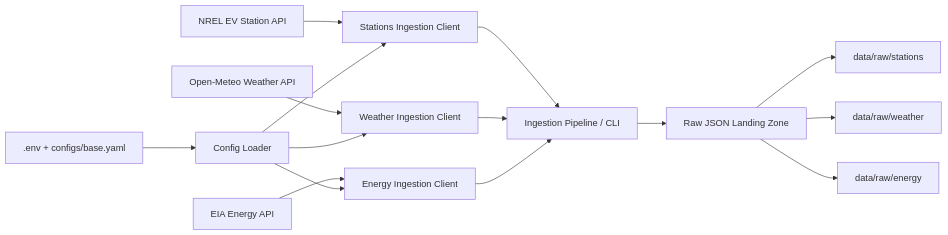
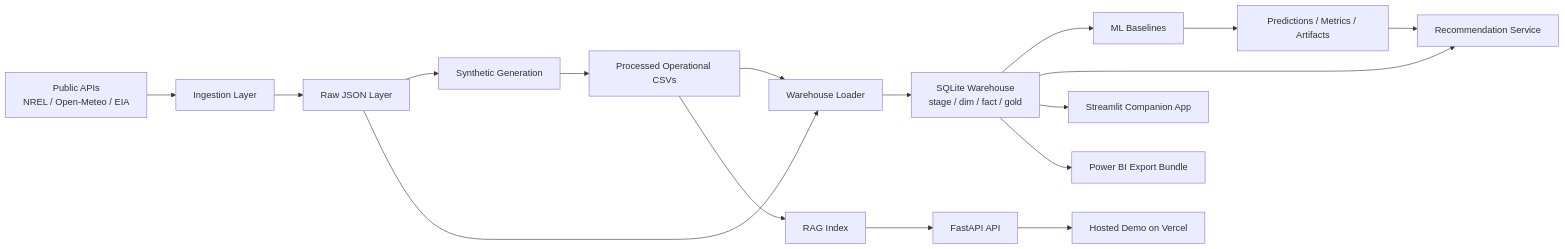
Before and after one commit to candelatesla/ChargeFlow: the diagram in README.md, drawn with Mermaid. The commit also changed other lines of this file and 11 other files, not shown here.

Commit message:
Day 6: add Streamlit dashboard, Power BI exports, and final project polish

````diff
--- a/README.md
+++ b/README.md
@@ -30,17 +28,19 @@
 ```mermaid
 flowchart LR
-    A["NREL EV Station API"] --> E["Stations Ingestion Client"]
-    B["Open-Meteo Weather API"] --> F["Weather Ingestion Client"]
-    C["EIA Energy API"] --> G["Energy Ingestion Client"]
-    D[".env + configs/base.yaml"] --> H["Config Loader"]
-    H --> E
-    H --> F
-    H --> G
-    E --> I["Ingestion Pipeline / CLI"]
-    F --> I
-    G --> I
-    I --> J["Raw JSON Landing Zone"]
-    J --> K["data/raw/stations"]
-    J --> L["data/raw/weather"]
-    J --> M["data/raw/energy"]
+    A["Public APIs<br/>NREL / Open-Meteo / EIA"] --> B["Ingestion Layer"]
+    B --> C["Raw JSON Layer"]
+    C --> D["Synthetic Generation"]
+    D --> E["Processed Operational CSVs"]
+    C --> F["Warehouse Loader"]
+    E --> F
+    F --> G["SQLite Warehouse<br/>stage / dim / fact / gold"]
+    G --> H["ML Baselines"]
+    H --> I["Predictions / Metrics / Artifacts"]
+    G --> J["Recommendation Service"]
+    E --> K["RAG Index"]
+    I --> J
+    K --> L["FastAPI API"]
+    G --> M["Streamlit Companion App"]
+    L --> N["Hosted Demo on Vercel"]
+    G --> O["Power BI Export Bundle"]
 ```
````
